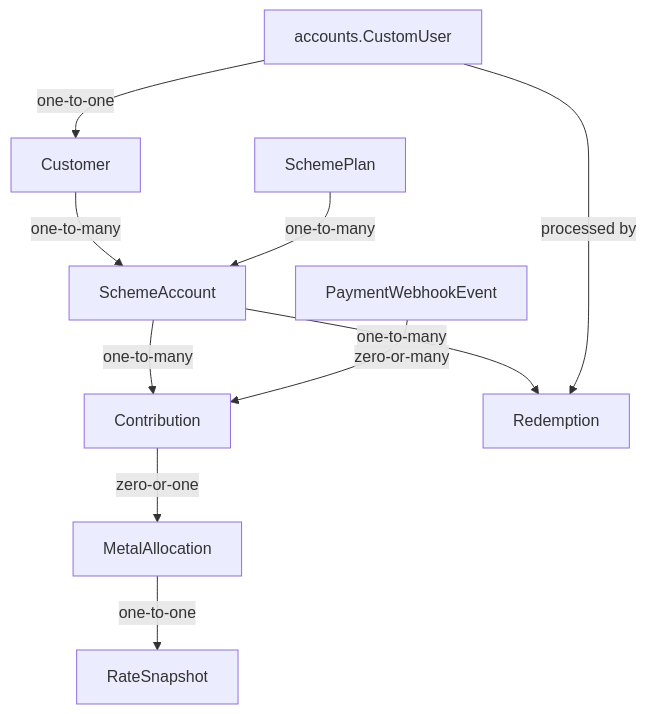
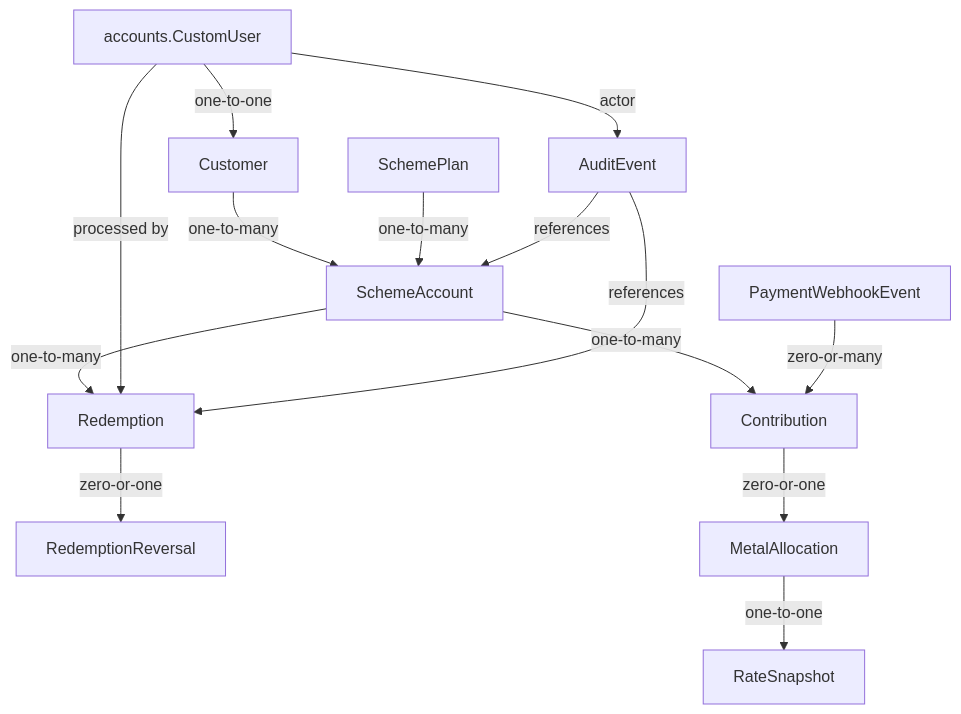
One commit to rajeshr188/jsk-ss changed the diagram in docs/ARCHITECTURE.md. Above: the diagram before and after it, drawn with Mermaid. The commit also changed other lines of this file and 29 other files, not shown here.

````diff
--- a/docs/ARCHITECTURE.md
+++ b/docs/ARCHITECTURE.md
@@ -15,12 +15,16 @@
 ```mermaid
 graph TD
   U[accounts.CustomUser] -->|one-to-one| C[Customer]
   C -->|one-to-many| A[SchemeAccount]
   P[SchemePlan] -->|one-to-many| A
   A -->|one-to-many| N[Contribution]
   A -->|one-to-many| D[Redemption]
+  D -->|zero-or-one| V[RedemptionReversal]
   W[PaymentWebhookEvent] -->|zero-or-many| N
   N -->|zero-or-one| M[MetalAllocation]
   M -->|one-to-one| R[RateSnapshot]
   U -->|processed by| D
+  U -->|actor| E[AuditEvent]
+  E -->|references| A
+  E -->|references| D
 ```
````
